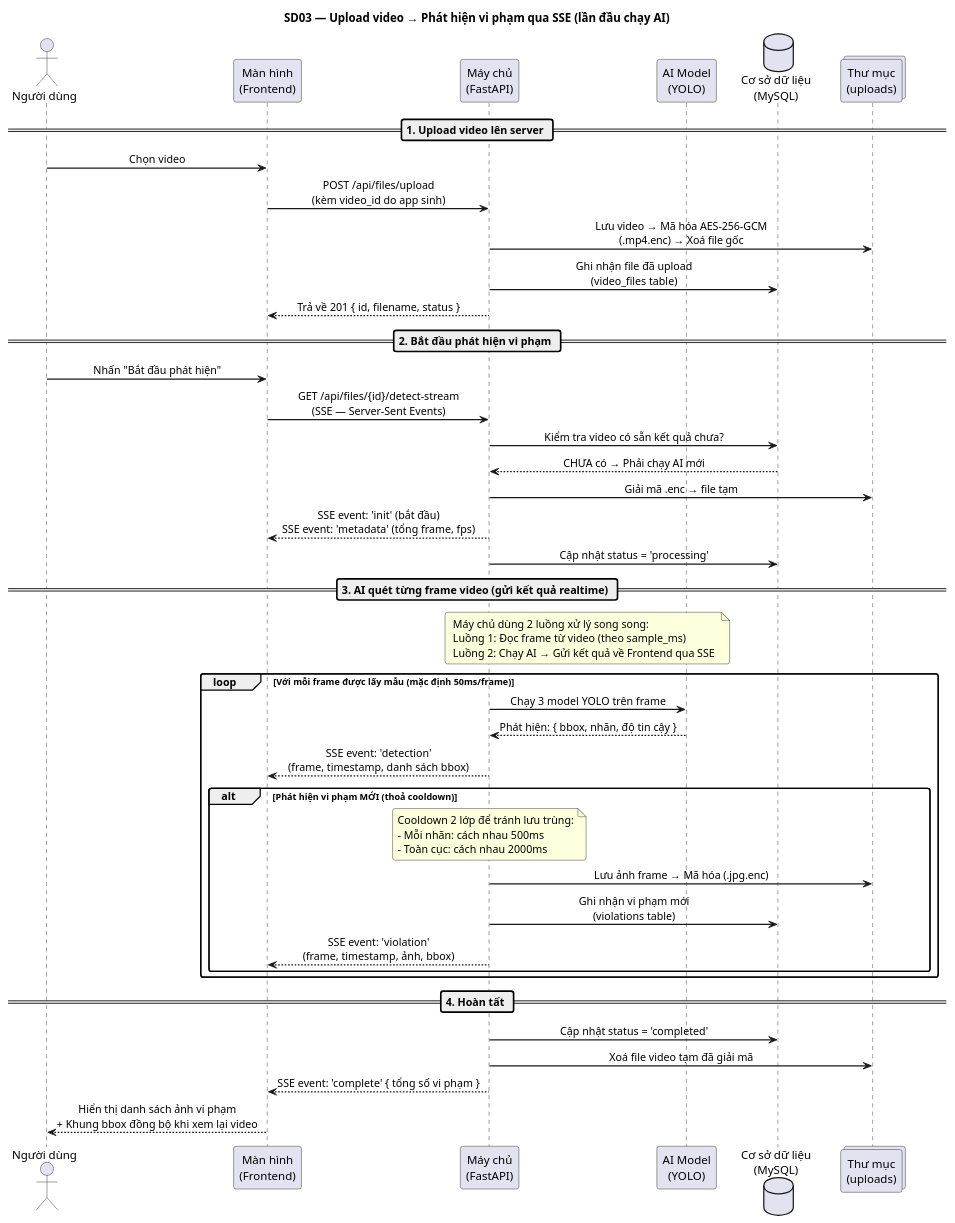
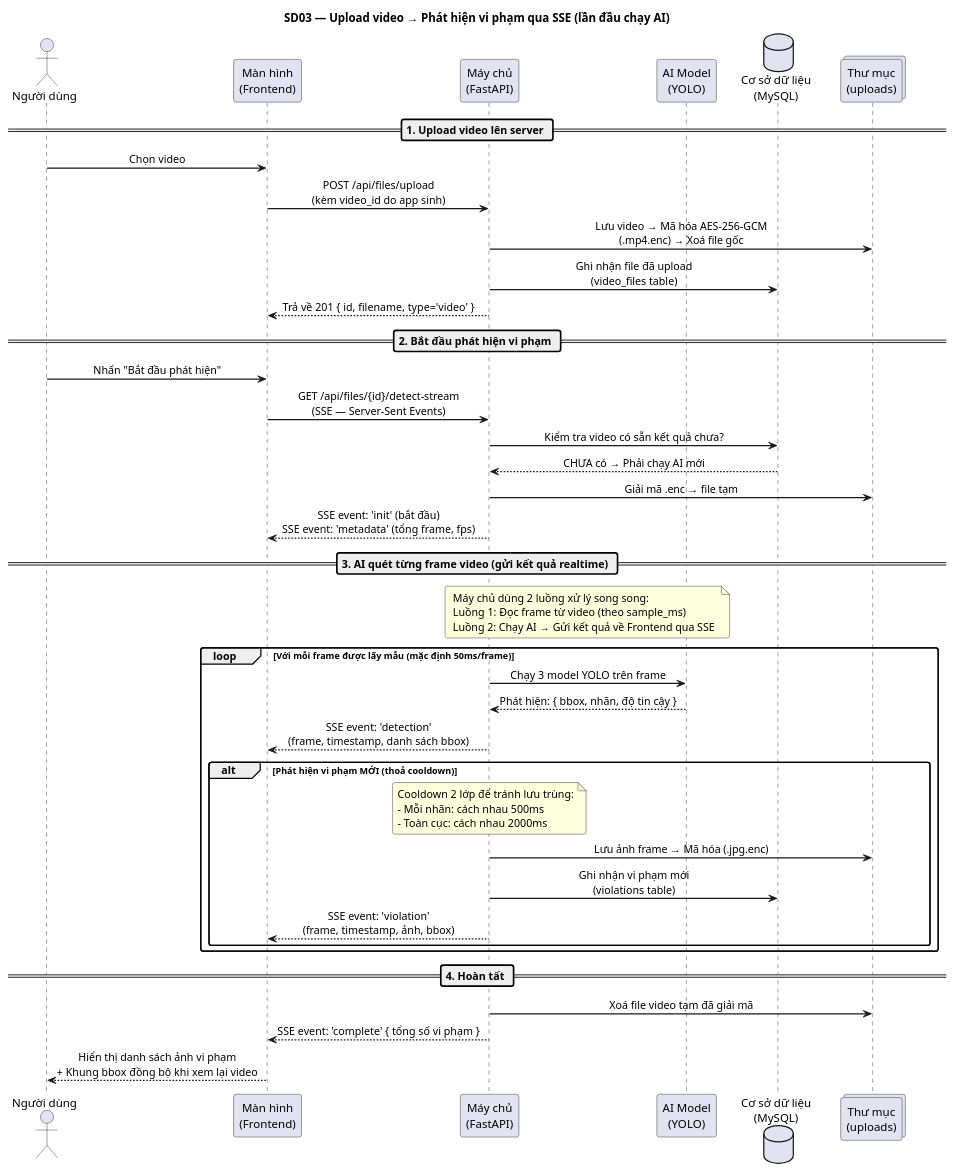
One commit to giangmichy/Do_an changed the third of 7 diagrams in 3SOC_Sequence_Diagrams_QA.puml. Above: the diagram before and after it, drawn with PlantUML. The commit also changed other lines of this file and 14 other files, not shown here.

```diff
--- a/3SOC_Sequence_Diagrams_QA.puml
+++ b/3SOC_Sequence_Diagrams_QA.puml
@@ -101,73 +105,71 @@
 @startuml SD03_DetectVideo
 title SD03 — Upload video → Phát hiện vi phạm qua SSE (lần đầu chạy AI)
 
 skinparam sequenceMessageAlign center
 skinparam ParticipantPadding 20
 skinparam BoxPadding 10
 skinparam sequenceArrowThickness 1.5
 skinparam roundcorner 6
 
 actor       "Người dùng" as User
 participant "Màn hình\n(Frontend)"  as FE
 participant "Máy chủ\n(FastAPI)"    as BE
 participant "AI Model\n(YOLO)"     as AI
 database    "Cơ sở dữ liệu\n(MySQL)" as DB
 collections "Thư mục\n(uploads)"    as Disk
 
 ' ========== BƯỚC 1: UPLOAD ==========
 == 1. Upload video lên server ==
 
 User -> FE : Chọn video
 FE -> BE : POST /api/files/upload\n(kèm video_id do app sinh)
 BE -> Disk : Lưu video → Mã hóa AES-256-GCM\n(.mp4.enc) → Xoá file gốc
 BE -> DB : Ghi nhận file đã upload\n(video_files table)
-BE --> FE : Trả về 201 { id, filename, status }
+BE --> FE : Trả về 201 { id, filename, type='video' }
 
 ' ========== BƯỚC 2: BẮT ĐẦU DETECT ==========
 == 2. Bắt đầu phát hiện vi phạm ==
 
 User -> FE : Nhấn "Bắt đầu phát hiện"
 FE -> BE : GET /api/files/{id}/detect-stream\n(SSE — Server-Sent Events)
 BE -> DB : Kiểm tra video có sẵn kết quả chưa?
 
 DB --> BE : CHƯA có → Phải chạy AI mới
 
 BE -> Disk : Giải mã .enc → file tạm
 BE --> FE : SSE event: 'init' (bắt đầu)\nSSE event: 'metadata' (tổng frame, fps)
-BE -> DB : Cập nhật status = 'processing'
 
 ' ========== BƯỚC 3: AI QUÉT TỪNG FRAME ==========
 == 3. AI quét từng frame video (gửi kết quả realtime) ==
 
 note over BE, AI
   Máy chủ dùng 2 luồng xử lý song song:
   Luồng 1: Đọc frame từ video (theo sample_ms)
   Luồng 2: Chạy AI → Gửi kết quả về Frontend qua SSE
 end note
 
 loop Với mỗi frame được lấy mẫu (mặc định 50ms/frame)
     BE -> AI : Chạy 3 model YOLO trên frame
     AI --> BE : Phát hiện: { bbox, nhãn, độ tin cậy }
     BE --> FE : SSE event: 'detection'\n(frame, timestamp, danh sách bbox)
 
     alt Phát hiện vi phạm MỚI (thoả cooldown)
         note over BE
           Cooldown 2 lớp để tránh lưu trùng:
           - Mỗi nhãn: cách nhau 500ms
           - Toàn cục: cách nhau 2000ms
         end note
         BE -> Disk : Lưu ảnh frame → Mã hóa (.jpg.enc)
         BE -> DB : Ghi nhận vi phạm mới\n(violations table)
         BE --> FE : SSE event: 'violation'\n(frame, timestamp, ảnh, bbox)
     end
 end
 
 ' ========== BƯỚC 4: HOÀN TẤT ==========
 == 4. Hoàn tất ==
 
-BE -> DB : Cập nhật status = 'completed'
 BE -> Disk : Xoá file video tạm đã giải mã
 BE --> FE : SSE event: 'complete' { tổng số vi phạm }
 FE --> User : Hiển thị danh sách ảnh vi phạm\n+ Khung bbox đồng bộ khi xem lại video
 
 @enduml
```
